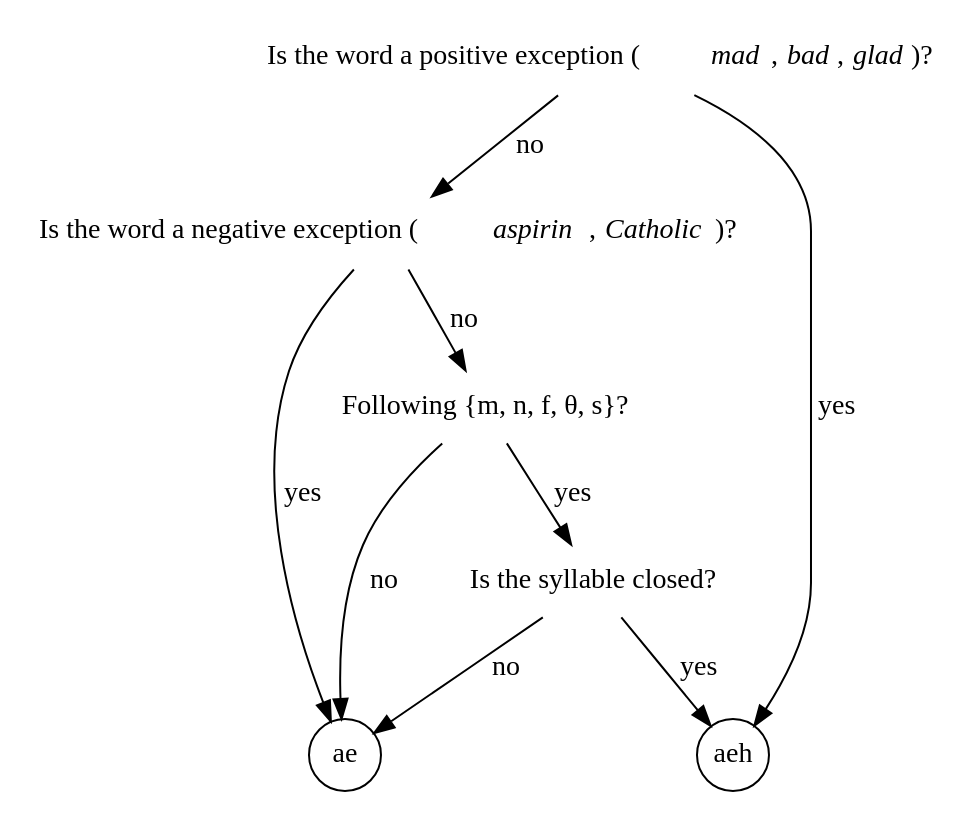
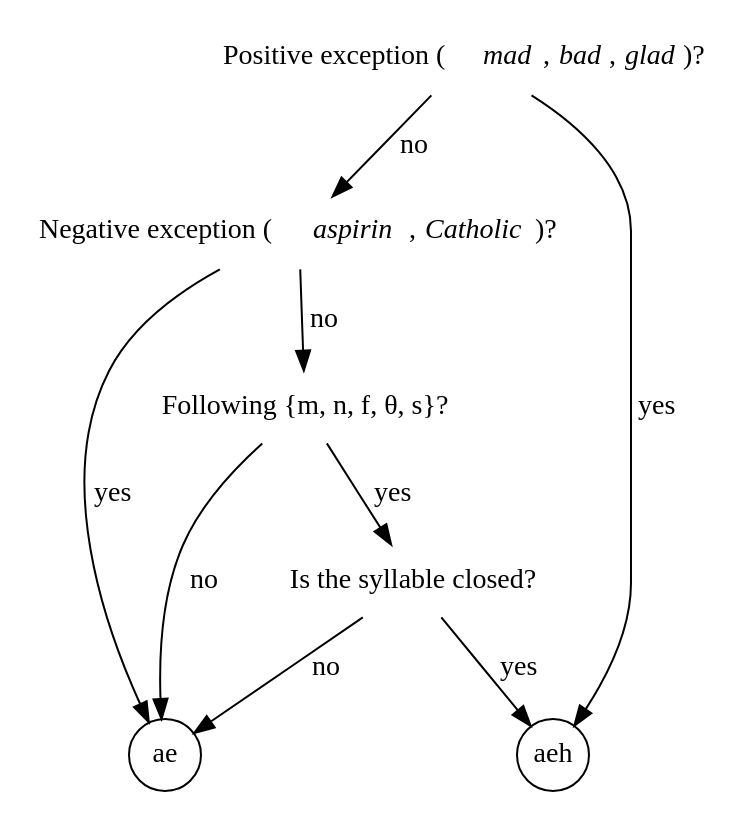
Before and after one commit to hilaryp/Phila-short-a: the diagram in coding.gv, drawn with Graphviz. The commit also changed 4 other files, not shown here.

Commit message:
newer omnigraffle graphics of coding alg

```diff
--- a/coding.gv
+++ b/coding.gv
@@ -1,35 +1,35 @@
 // to compile me, try:
 //      dot -Ttiff:cairo:quartz -o coding.tiff coding.gv
 //
 // or similar for non-TIFF outputs
 
 digraph coding {
     //splines=polyline;
 
     node [shape=plaintext fontname="serif"];
     edge [fontname="serif"];
 
     // vertices
-    "posexcept?"     [label=<Is the word a positive exception (<i>mad</i>, <i>bad</i>, <i>glad</i>)?>];
-    "negexcept?"     [label=<Is the word a negative exception (<i>aspirin</i>, <i>Catholic</i>)?>];
+    "posexcept?"     [label=<Positive exception (<i>mad</i>, <i>bad</i>, <i>glad</i>)?>];
+    "negexcept?"     [label=<Negative exception (<i>aspirin</i>, <i>Catholic</i>)?>];
     "tenser?"        [label="Following {m, n, f, θ, s}?"];
     "closed?"        [label="Is the syllable closed?"];
     
     node [shape=circle fixedsize=true];
     "ae" [label="ae"];
     "aeh" [label="aeh"];
 
     // edges
     "posexcept?"    -> "aeh"               [label=<  yes>];
     "posexcept?"    -> "negexcept?"        [label=<  no>];
 
     "negexcept?"    -> "ae"                [label=<  yes>];
     "negexcept?"    -> "tenser?"           [label=<  no>];
 
     "tenser?"       -> "closed?"           [label=<  yes>];
     "tenser?"       -> "ae"                [label=<  no>];
 
     "closed?"       -> "aeh"               [label=<  yes>];
     "closed?"       -> "ae"                [label=<  no>];
 
 }
```
